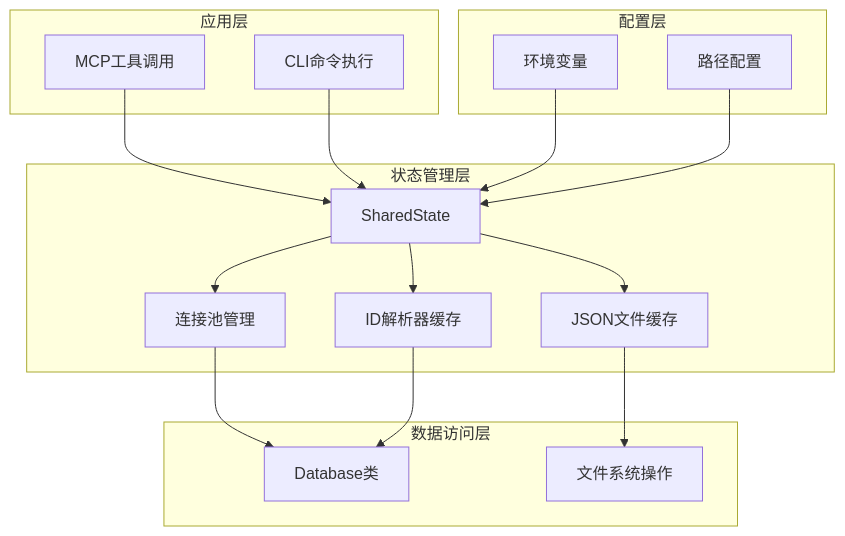
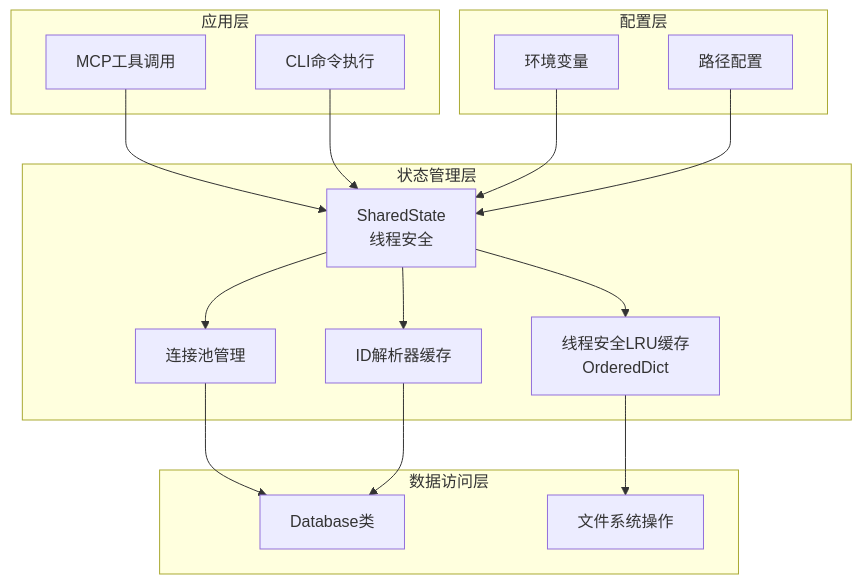
Before and after one commit to 1173591564/academic-based-qoder: the second of 8 diagrams in .qoder/repowiki/zh/content/Python后端系统/共享状态管理系统.md, drawn with Mermaid. The commit also changed other lines of this file and 81 other files, not shown here.

````diff
--- a/.qoder/repowiki/zh/content/Python后端系统/共享状态管理系统.md
+++ b/.qoder/repowiki/zh/content/Python后端系统/共享状态管理系统.md
@@ -98,31 +107,31 @@
 ```mermaid
 graph TB
 subgraph "应用层"
 A[MCP工具调用]
 B[CLI命令执行]
 end
 subgraph "状态管理层"
-C[SharedState]
+C[SharedState<br/>线程安全]
 D[连接池管理]
 E[ID解析器缓存]
-F[JSON文件缓存]
+F[线程安全LRU缓存<br/>OrderedDict]
 end
 subgraph "数据访问层"
 G[Database类]
 H[文件系统操作]
 end
 subgraph "配置层"
 I[环境变量]
 J[路径配置]
 end
 A --> C
 B --> C
 C --> D
 C --> E
 C --> F
 D --> G
 E --> G
 F --> H
 I --> C
 J --> C
 ```
````
